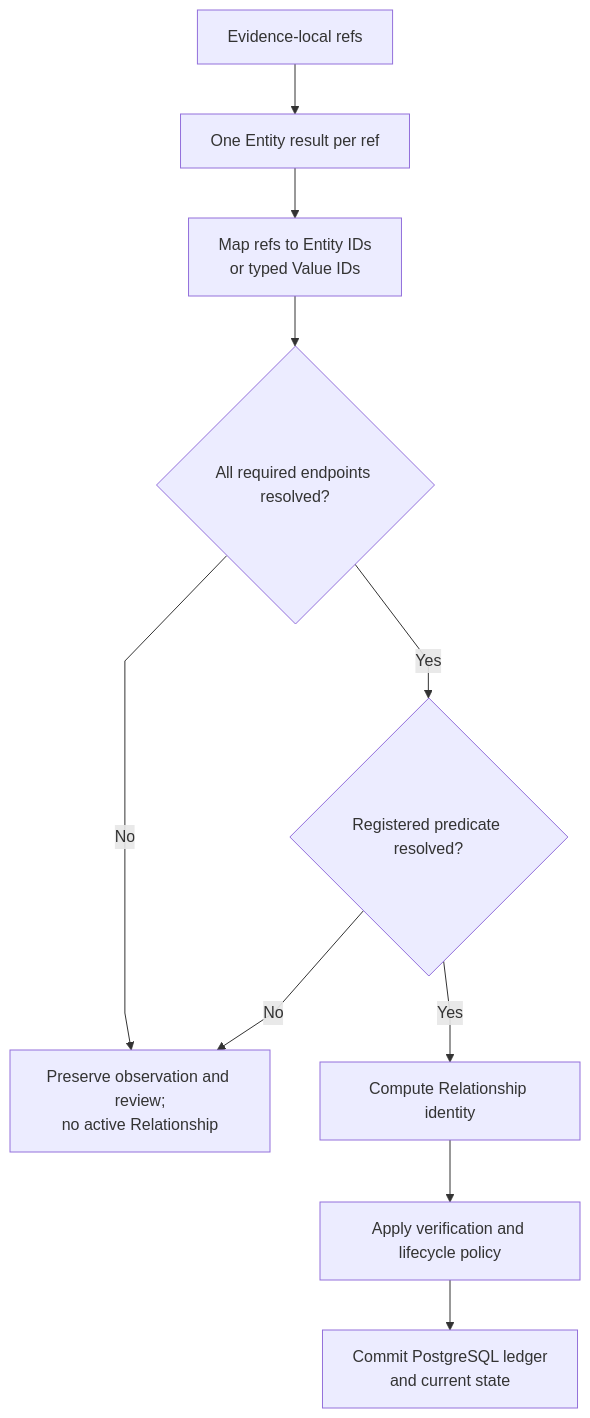
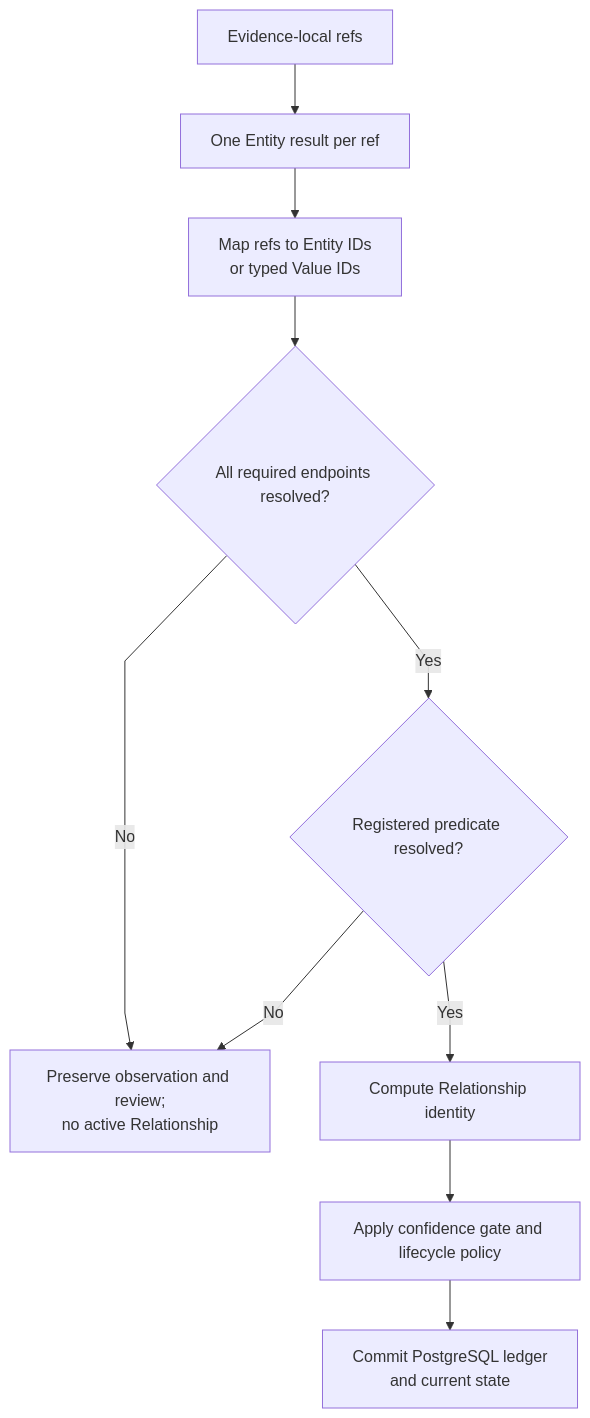
One commit to markhuangai/dense-mem changed the sixth of 7 diagrams in Entity-Identity-And-Resolution.md. Above: the diagram before and after it, drawn with Mermaid. The commit also changed other lines of this file and 24 other files, not shown here.

Commit message:
Document V2.4 one-call placement architecture

````diff
--- a/Entity-Identity-And-Resolution.md
+++ b/Entity-Identity-And-Resolution.md
@@ -288,13 +286,13 @@
 ```mermaid
 %%{init: {"flowchart": {"curve": "linear"}}}%%
 flowchart TD
   Refs["Evidence-local refs"] --> Results["One Entity result per ref"]
   Results --> Map["Map refs to Entity IDs<br/>or typed Value IDs"]
   Map --> Ready{"All required endpoints resolved?"}
   Ready -- No --> Hold["Preserve observation and review;<br/>no active Relationship"]
   Ready -- Yes --> Predicate{"Registered predicate resolved?"}
   Predicate -- No --> Hold
   Predicate -- Yes --> Identity["Compute Relationship identity"]
-  Identity --> Verify["Apply verification and lifecycle policy"]
-  Verify --> Commit["Commit PostgreSQL ledger<br/>and current state"]
+  Identity --> Policy["Apply confidence gate and lifecycle policy"]
+  Policy --> Commit["Commit PostgreSQL ledger<br/>and current state"]
 ```
````
